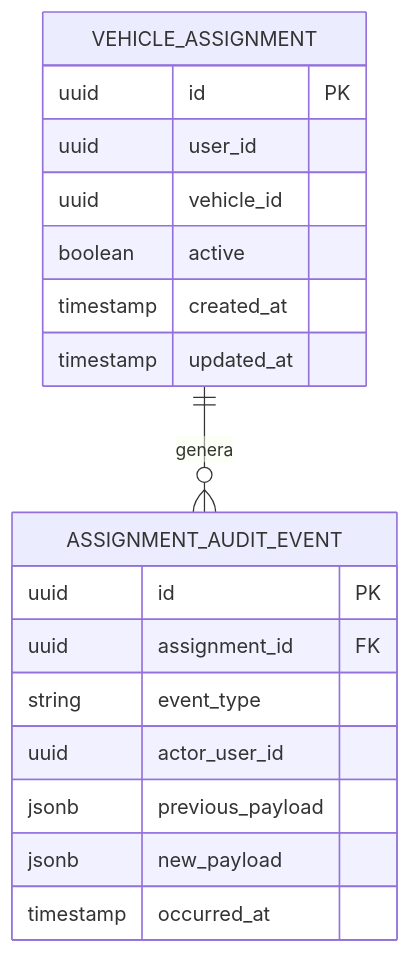
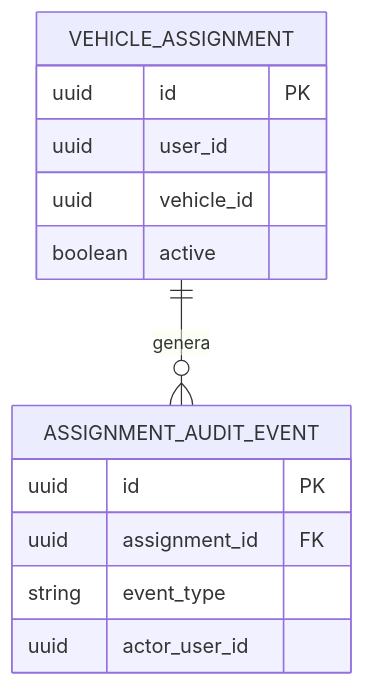
The sixth of 7 diagrams in README.md (AMVMesias/Distribuidas-PC2), drawn with Mermaid before and after one commit. The commit also changed other lines of this file and 1 other file, not shown here.

````diff
--- a/README.md
+++ b/README.md
@@ -453,21 +434,16 @@
 ```mermaid
 erDiagram
-    VEHICLE_ASSIGNMENT ||--o{ ASSIGNMENT_AUDIT_EVENT : "genera"
+    VEHICLE_ASSIGNMENT ||--o{ ASSIGNMENT_AUDIT_EVENT : genera
     VEHICLE_ASSIGNMENT {
         uuid id PK
         uuid user_id
         uuid vehicle_id
         boolean active
-        timestamp created_at
-        timestamp updated_at
     }
     ASSIGNMENT_AUDIT_EVENT {
         uuid id PK
         uuid assignment_id FK
         string event_type
         uuid actor_user_id
-        jsonb previous_payload
-        jsonb new_payload
-        timestamp occurred_at
     }
 ```
````
